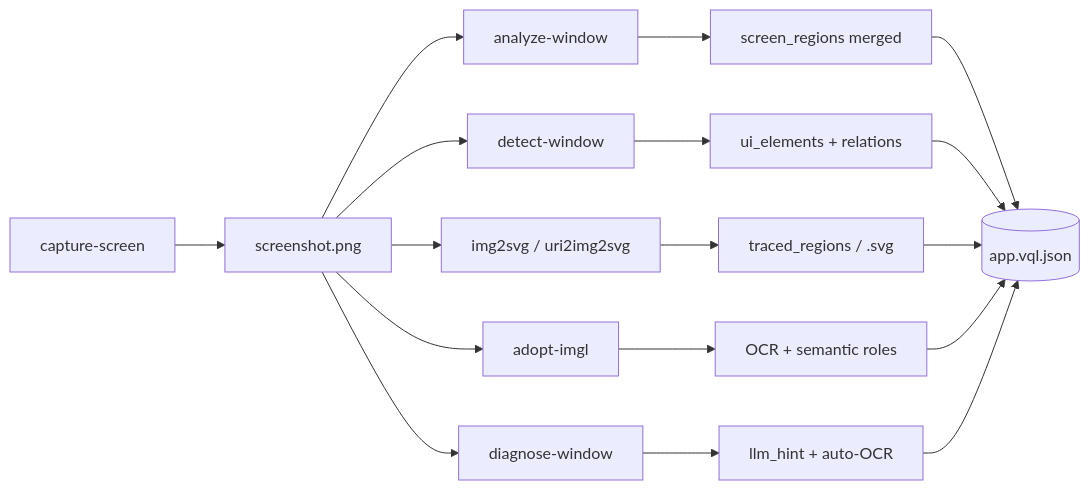
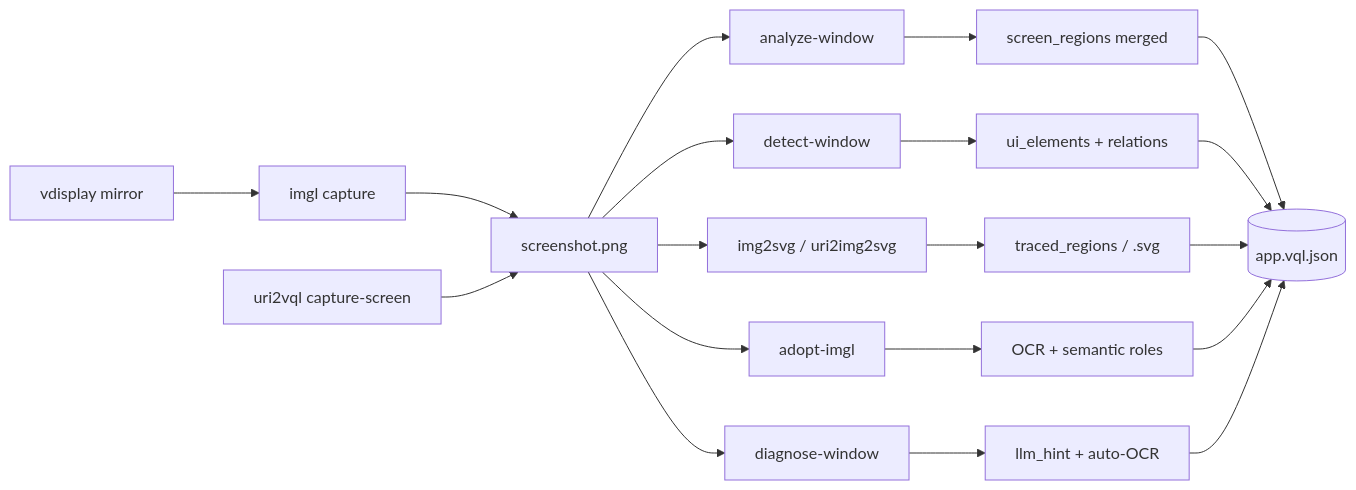
One commit to oqlos/vql changed the diagram in docs/window-pipeline.md. Above: the diagram before and after it, drawn with Mermaid. The commit also changed other lines of this file and 60 other files, not shown here.

````diff
--- a/docs/window-pipeline.md
+++ b/docs/window-pipeline.md
@@ -5,21 +5,23 @@
 ```mermaid
 flowchart LR
-  CAP[capture-screen] --> PNG[screenshot.png]
+  VD[vdisplay mirror] --> ICAP[imgl capture]
+  ICAP --> PNG[screenshot.png]
+  CAP[uri2vql capture-screen] --> PNG
   PNG --> AN[analyze-window]
   PNG --> DET[detect-window]
   PNG --> SVG[img2svg / uri2img2svg]
   PNG --> IMGL[adopt-imgl]
   PNG --> DIAG[diagnose-window]
 
   AN --> GRID[screen_regions merged]
   DET --> UI[ui_elements + relations]
   SVG --> VEC[traced_regions / .svg]
   IMGL --> OCR[OCR + semantic roles]
   DIAG --> META[llm_hint + auto-OCR]
 
   GRID --> VQL[(app.vql.json)]
   UI --> VQL
   VEC --> VQL
   OCR --> VQL
   META --> VQL
 ```
````
